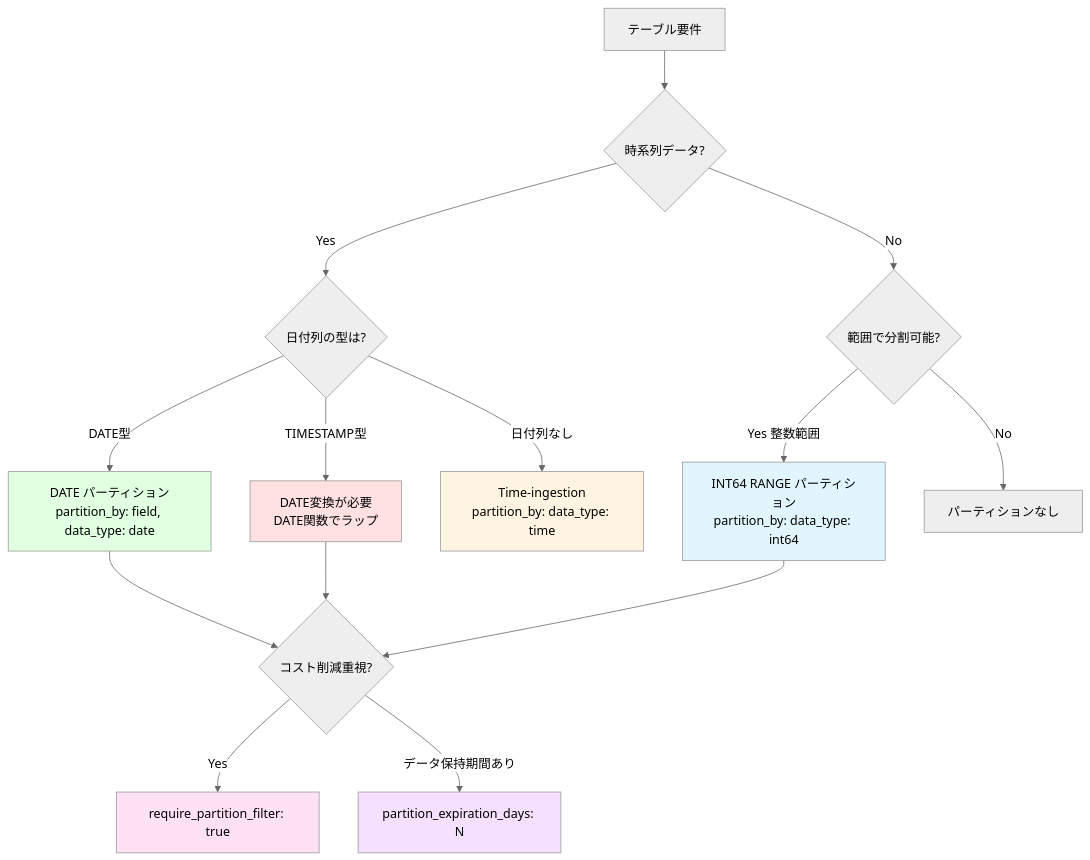
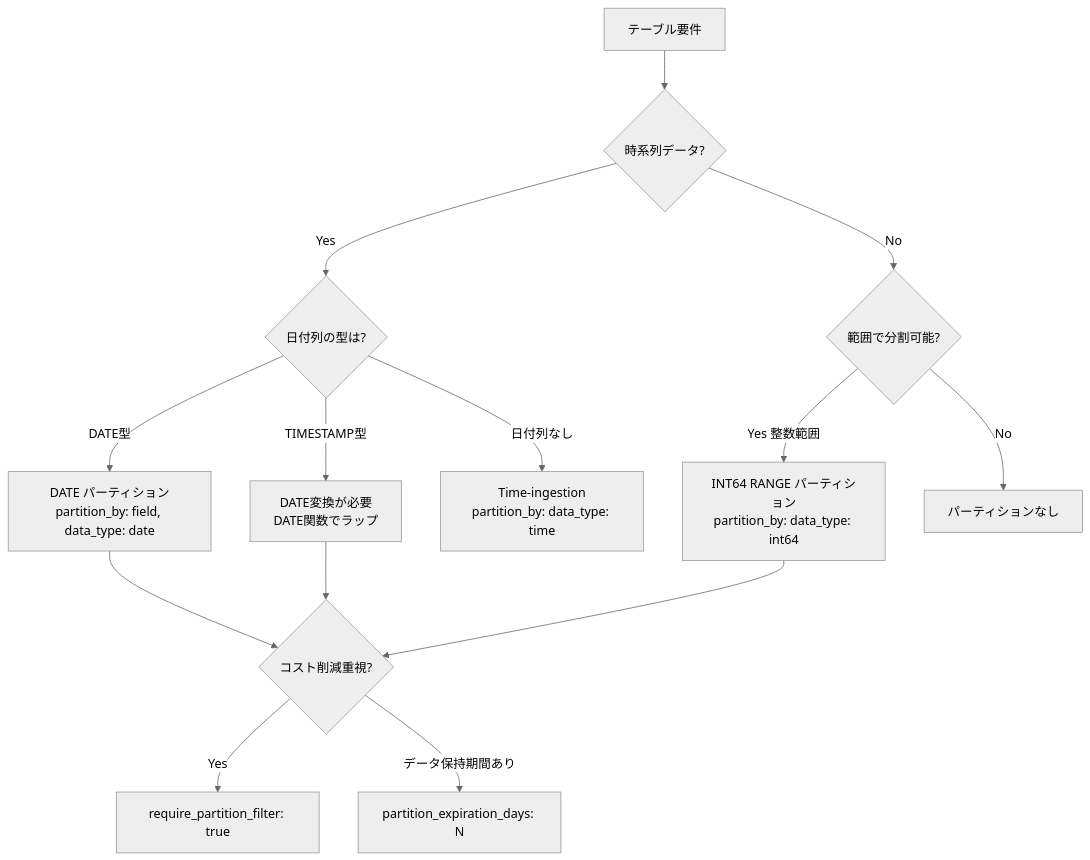
The diagram in content/Tech/dbt/categories/models/partitioning.md (1210yuichi0/1210yuichi0.github.io), drawn with Mermaid (neutral theme) before and after one commit. The commit also changed 22 other files, not shown here.

First line of the commit message:
style: remove Mermaid style directives for dark mode compatibility

````diff
--- a/content/Tech/dbt/categories/models/partitioning.md
+++ b/content/Tech/dbt/categories/models/partitioning.md
@@ -36,28 +36,22 @@
 ```mermaid
 flowchart TD
     Start[テーブル要件] --> Q1{時系列データ?}
 
     Q1 -->|Yes| Q2{日付列の型は?}
     Q1 -->|No| Q3{範囲で分割可能?}
 
     Q2 -->|DATE型| DatePart[DATE パーティション<br/>partition_by: field, data_type: date]
     Q2 -->|TIMESTAMP型| TimestampPart[DATE変換が必要<br/>DATE関数でラップ]
     Q2 -->|日付列なし| IngestionPart[Time-ingestion<br/>partition_by: data_type: time]
 
     Q3 -->|Yes 整数範囲| IntPart[INT64 RANGE パーティション<br/>partition_by: data_type: int64]
     Q3 -->|No| NoPart[パーティションなし]
 
     DatePart --> Q4{コスト削減重視?}
     TimestampPart --> Q4
     IntPart --> Q4
 
     Q4 -->|Yes| Filter[require_partition_filter: true]
     Q4 -->|データ保持期間あり| Expiration[partition_expiration_days: N]
 
-    style DatePart fill:#e1ffe1
-    style TimestampPart fill:#ffe1e1
-    style IngestionPart fill:#fff4e1
-    style IntPart fill:#e1f5ff
-    style Filter fill:#ffe1f5
-    style Expiration fill:#f5e1ff
 ```
````
